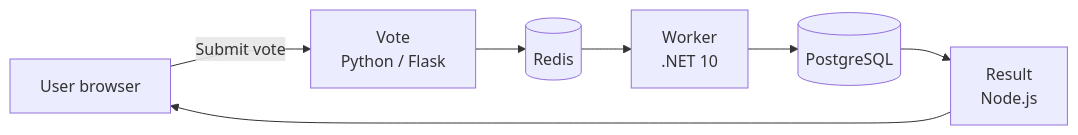
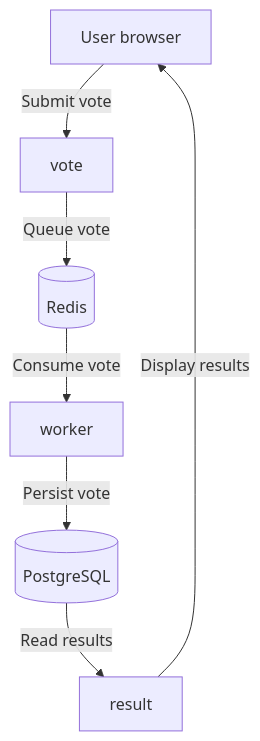
One commit to kxmyk/aws-voting-platform changed the first of 2 diagrams in README.md. Above: the diagram before and after it, drawn with Mermaid. The commit also changed other lines of this file, not shown here.

````diff
--- a/README.md
+++ b/README.md
@@ -59,16 +64,16 @@
 ```mermaid
-flowchart LR
-    User[User browser]
-    Vote[Vote<br/>Python / Flask]
-    Redis[(Redis)]
-    Worker[Worker<br/>.NET 10]
-    Database[(PostgreSQL)]
-    Result[Result<br/>Node.js]
+flowchart TB
+    User["User browser"]
+    Vote["vote"]
+    Redis[("Redis")]
+    Worker["worker"]
+    Database[("PostgreSQL")]
+    Result["result"]
 
-    User -->|Submit vote| Vote
-    Vote --> Redis
-    Redis --> Worker
-    Worker --> Database
-    Database --> Result
-    Result --> User
+    User -->|"Submit vote"| Vote
+    Vote -->|"Queue vote"| Redis
+    Redis -->|"Consume vote"| Worker
+    Worker -->|"Persist vote"| Database
+    Database -->|"Read results"| Result
+    Result -->|"Display results"| User
 ```
````
